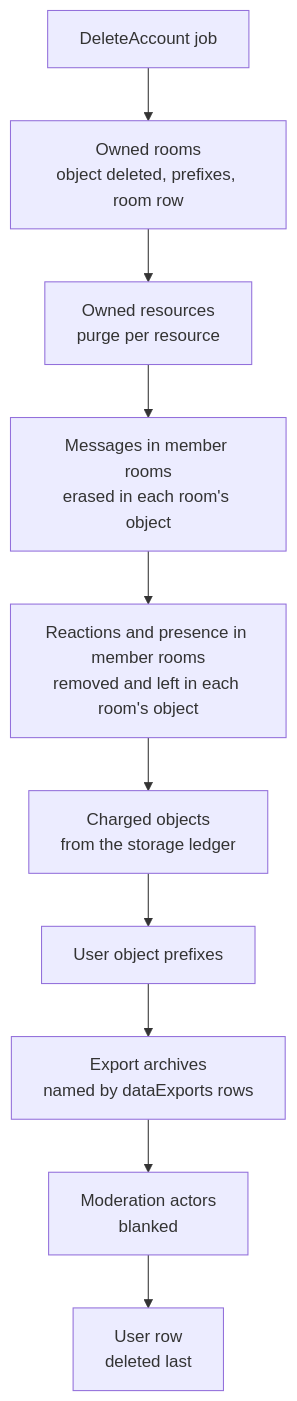
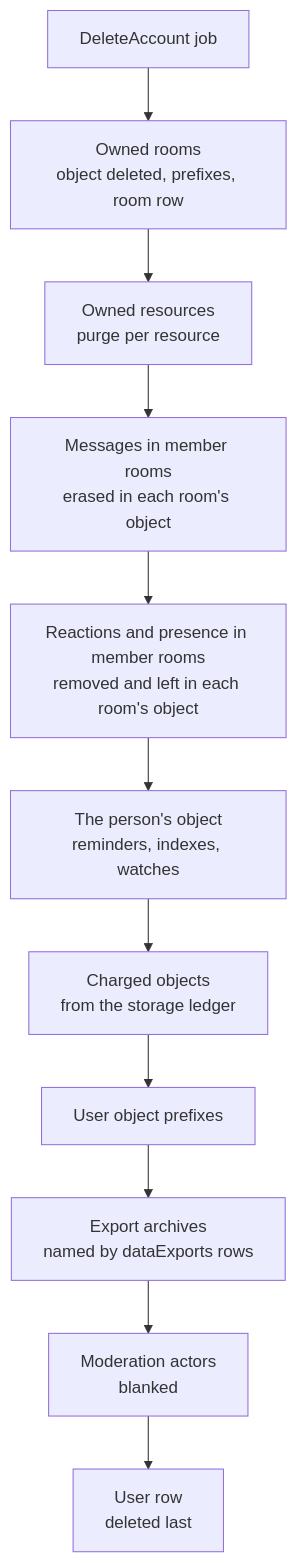
Before and after one commit to Esposter/Esposter: the second of 2 diagrams in openspec/specs/user/account-deletion/design.md, drawn with Mermaid. The commit also changed other lines of this file and 63 other files, not shown here.

````diff
--- a/openspec/specs/user/account-deletion/design.md
+++ b/openspec/specs/user/account-deletion/design.md
@@ -34,12 +34,13 @@
 ```mermaid
 flowchart TD
   Job["DeleteAccount job"] --> Rooms["Owned rooms<br/>object deleted, prefixes, room row"]
   Rooms --> Resources["Owned resources<br/>purge per resource"]
   Resources --> Messages["Messages in member rooms<br/>erased in each room's object"]
   Messages --> Reactions["Reactions and presence in member rooms<br/>removed and left in each room's object"]
-  Reactions --> Charged["Charged objects<br/>from the storage ledger"]
+  Reactions --> Person["The person's object<br/>reminders, indexes, watches"]
+  Person --> Charged["Charged objects<br/>from the storage ledger"]
   Charged --> Prefixes["User object prefixes"]
   Prefixes --> Exports["Export archives<br/>named by dataExports rows"]
   Exports --> Actors["Moderation actors<br/>blanked"]
   Actors --> User["User row<br/>deleted last"]
 ```
````
